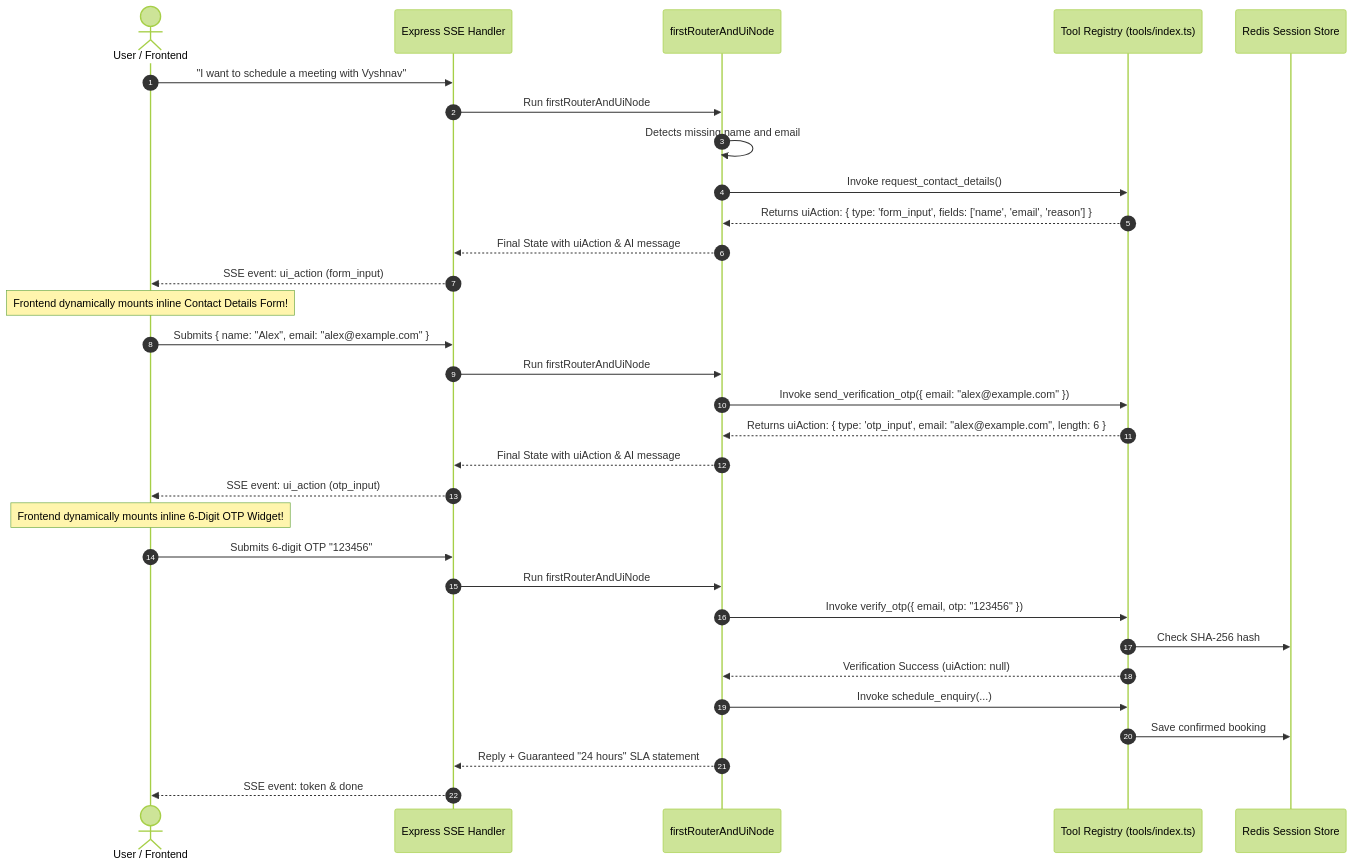
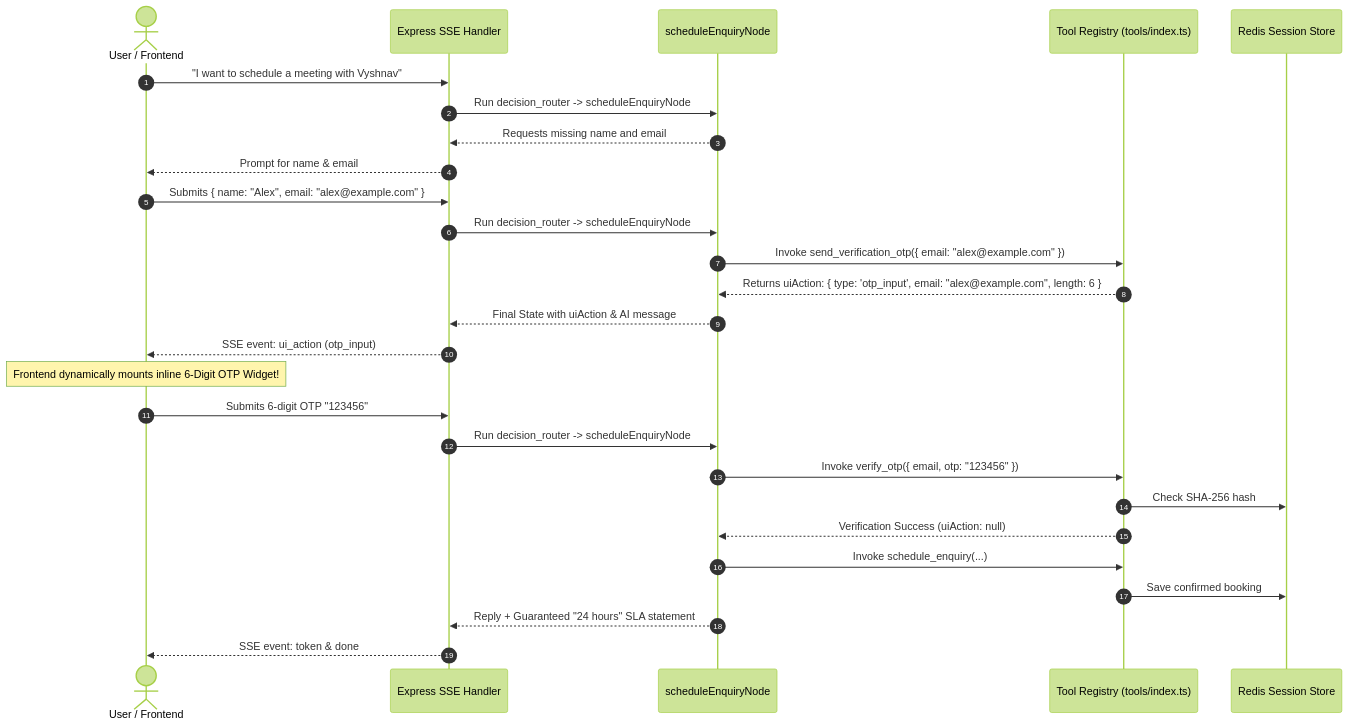
One commit to vyshn4v/YohoAiAgent changed the second of 3 diagrams in docs/ARCHITECTURE.md. Above: the diagram before and after it, drawn with Mermaid (forest theme). The commit also changed other lines of this file and 13 other files, not shown here.

````diff
--- a/docs/ARCHITECTURE.md
+++ b/docs/ARCHITECTURE.md
@@ -154,36 +126,32 @@
 ```mermaid
 sequenceDiagram
     autonumber
     actor User as User / Frontend
     participant Server as Express SSE Handler
-    participant Agent as firstRouterAndUiNode
+    participant Agent as scheduleEnquiryNode
     participant Tools as Tool Registry (tools/index.ts)
     participant Redis as Redis Session Store
 
     User->>Server: "I want to schedule a meeting with Vyshnav"
-    Server->>Agent: Run firstRouterAndUiNode
-    Agent->>Agent: Detects missing name and email
-    Agent->>Tools: Invoke request_contact_details()
-    Tools-->>Agent: Returns uiAction: { type: 'form_input', fields: ['name', 'email', 'reason'] }
-    Agent-->>Server: Final State with uiAction & AI message
-    Server-->>User: SSE event: ui_action (form_input)
-    Note over User: Frontend dynamically mounts inline Contact Details Form!
+    Server->>Agent: Run decision_router -> scheduleEnquiryNode
+    Agent-->>Server: Requests missing name and email
+    Server-->>User: Prompt for name & email
 
     User->>Server: Submits { name: "Alex", email: "alex@example.com" }
-    Server->>Agent: Run firstRouterAndUiNode
+    Server->>Agent: Run decision_router -> scheduleEnquiryNode
     Agent->>Tools: Invoke send_verification_otp({ email: "alex@example.com" })
     Tools-->>Agent: Returns uiAction: { type: 'otp_input', email: "alex@example.com", length: 6 }
     Agent-->>Server: Final State with uiAction & AI message
     Server-->>User: SSE event: ui_action (otp_input)
     Note over User: Frontend dynamically mounts inline 6-Digit OTP Widget!
 
     User->>Server: Submits 6-digit OTP "123456"
-    Server->>Agent: Run firstRouterAndUiNode
+    Server->>Agent: Run decision_router -> scheduleEnquiryNode
     Agent->>Tools: Invoke verify_otp({ email, otp: "123456" })
     Tools->>Redis: Check SHA-256 hash
     Tools-->>Agent: Verification Success (uiAction: null)
     Agent->>Tools: Invoke schedule_enquiry(...)
     Tools->>Redis: Save confirmed booking
     Agent-->>Server: Reply + Guaranteed "24 hours" SLA statement
     Server-->>User: SSE event: token & done
 ```
````
